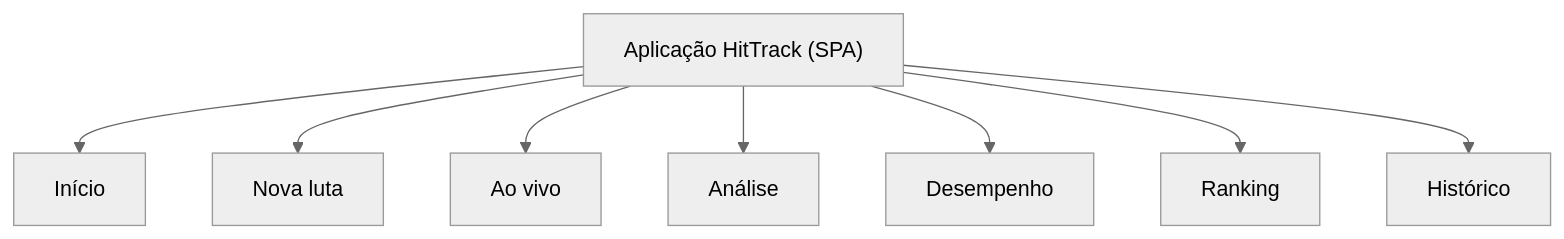
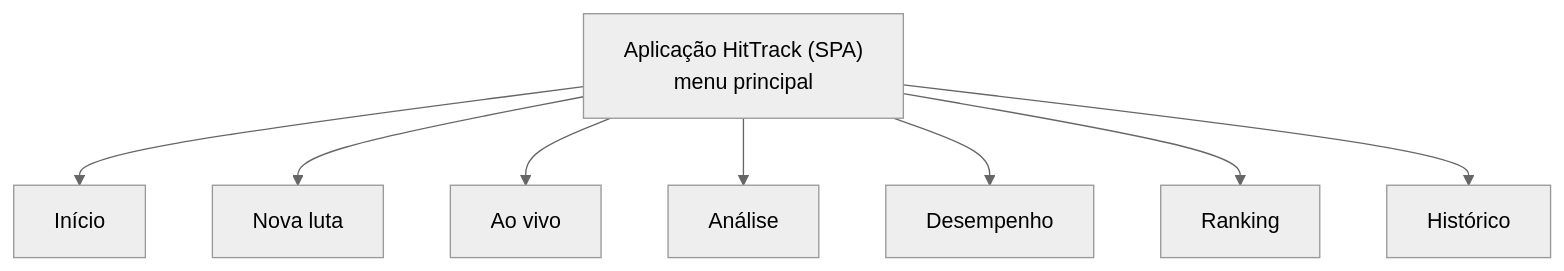
One commit to Olskaana/HitTrack changed the diagram in docs/diagramas/navegacao.mmd. Above: the diagram before and after it, drawn with Mermaid (neutral theme). The commit also changed 24 other files, not shown here.

```diff
--- a/docs/diagramas/navegacao.mmd
+++ b/docs/diagramas/navegacao.mmd
@@ -1,16 +1,16 @@
 flowchart TB
-  app["Aplicação HitTrack (SPA)"]
+  app["Aplicação HitTrack (SPA)<br/>menu principal"]
   home["Início"]
   new["Nova luta"]
   live["Ao vivo"]
   analysis["Análise"]
   performance["Desempenho"]
   ranking["Ranking"]
   history["Histórico"]
   app --> home
   app --> new
   app --> live
   app --> analysis
   app --> performance
   app --> ranking
   app --> history
```
